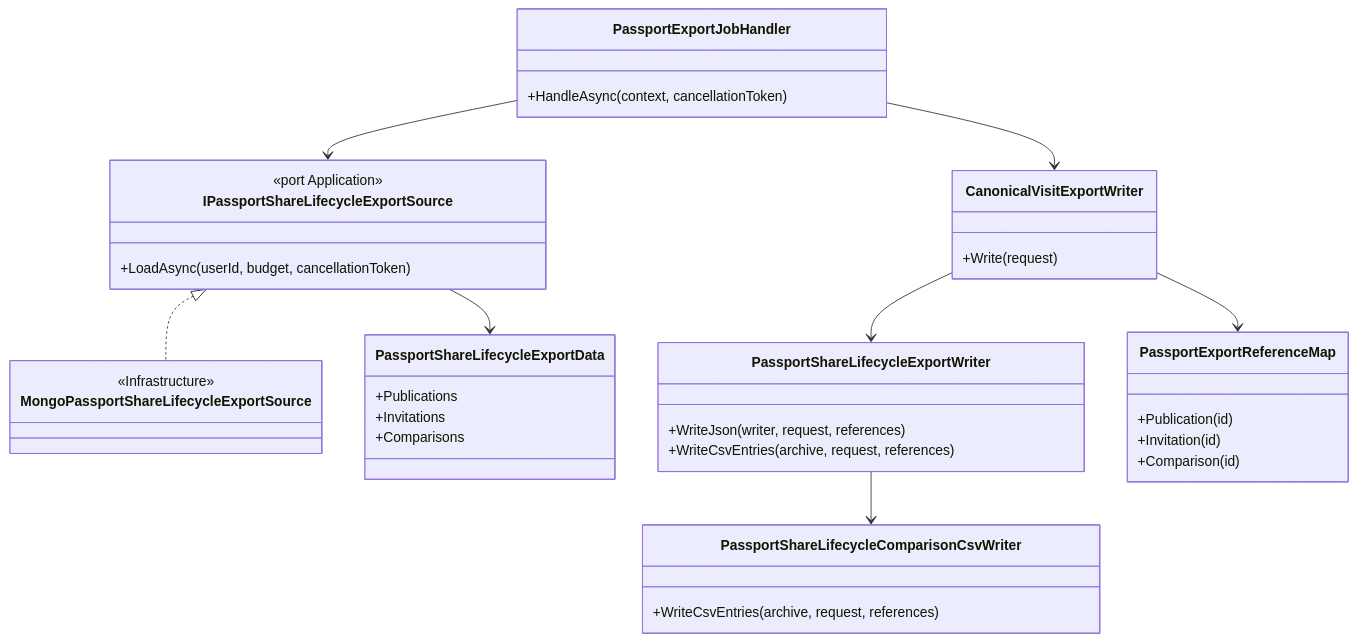
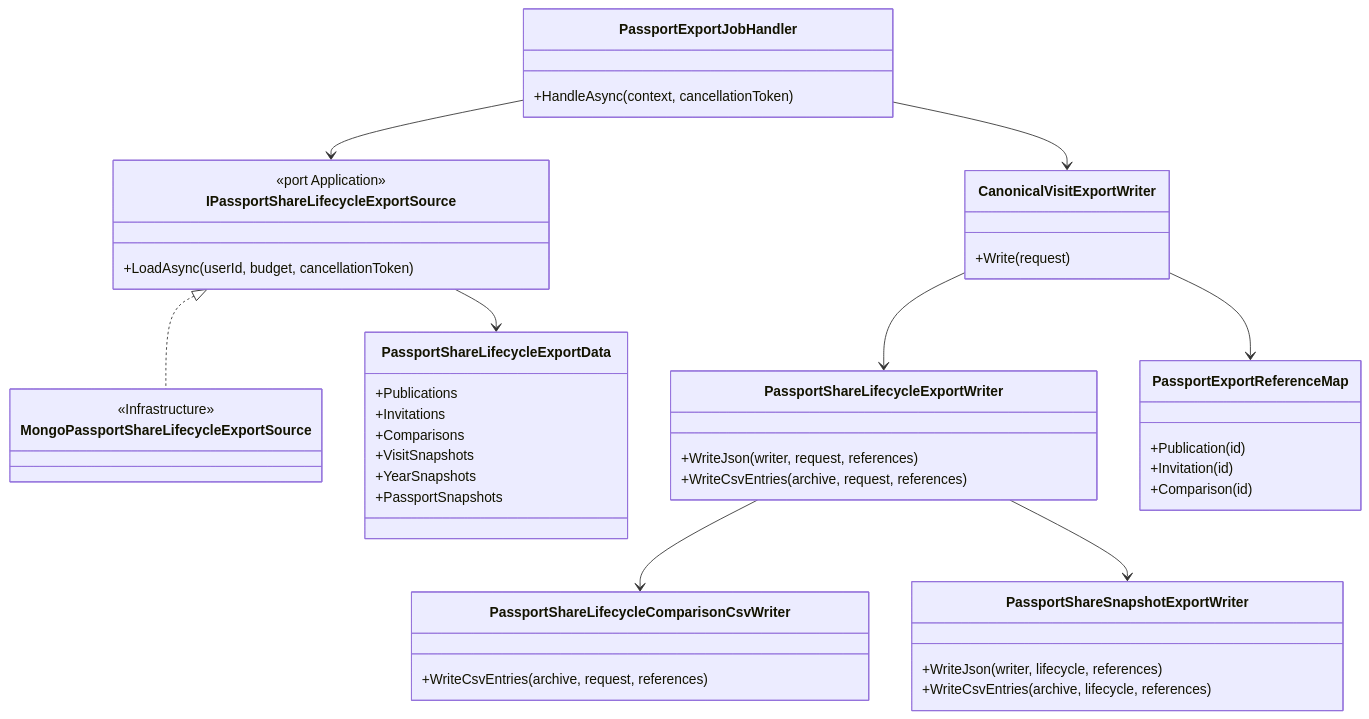
Before and after one commit to Ced59/AmusementParkProject: the first of 3 diagrams in docs/architecture/product-growth-share-14a-passport-share-export-2026-09-13.md, drawn with Mermaid. The commit also changed other lines of this file and 6 other files, not shown here.

````diff
--- a/docs/architecture/product-growth-share-14a-passport-share-export-2026-09-13.md
+++ b/docs/architecture/product-growth-share-14a-passport-share-export-2026-09-13.md
@@ -18,41 +20,49 @@
 ```mermaid
 classDiagram
     class PassportExportJobHandler {
       +HandleAsync(context, cancellationToken)
     }
     class IPassportShareLifecycleExportSource {
       <<port Application>>
       +LoadAsync(userId, budget, cancellationToken)
     }
     class MongoPassportShareLifecycleExportSource {
       <<Infrastructure>>
     }
     class PassportShareLifecycleExportData {
       +Publications
       +Invitations
       +Comparisons
+      +VisitSnapshots
+      +YearSnapshots
+      +PassportSnapshots
     }
     class CanonicalVisitExportWriter {
       +Write(request)
     }
     class PassportShareLifecycleExportWriter {
       +WriteJson(writer, request, references)
       +WriteCsvEntries(archive, request, references)
     }
     class PassportShareLifecycleComparisonCsvWriter {
       +WriteCsvEntries(archive, request, references)
+    }
+    class PassportShareSnapshotExportWriter {
+      +WriteJson(writer, lifecycle, references)
+      +WriteCsvEntries(archive, lifecycle, references)
     }
     class PassportExportReferenceMap {
       +Publication(id)
       +Invitation(id)
       +Comparison(id)
     }
 
     PassportExportJobHandler --> IPassportShareLifecycleExportSource
     IPassportShareLifecycleExportSource <|.. MongoPassportShareLifecycleExportSource
     IPassportShareLifecycleExportSource --> PassportShareLifecycleExportData
     PassportExportJobHandler --> CanonicalVisitExportWriter
     CanonicalVisitExportWriter --> PassportShareLifecycleExportWriter
     PassportShareLifecycleExportWriter --> PassportShareLifecycleComparisonCsvWriter
+    PassportShareLifecycleExportWriter --> PassportShareSnapshotExportWriter
     CanonicalVisitExportWriter --> PassportExportReferenceMap
 ```
````
